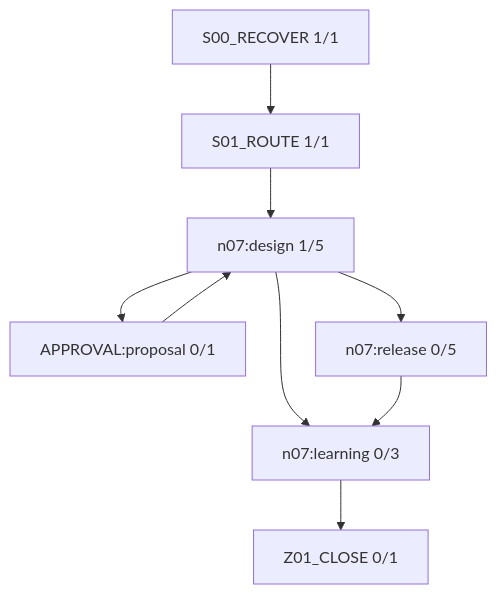
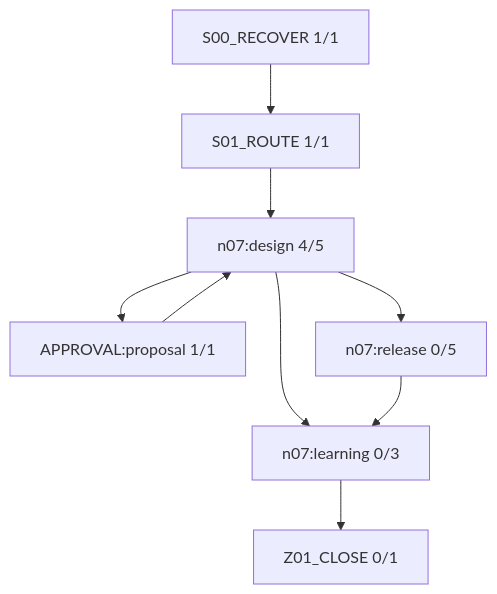
The diagram in work/items/W-MATH-032-n07-semantic-repair/generated/FIRE_DIAGRAM.md (rrikunagasige-dot/kyotsu-step-web), drawn with Mermaid before and after one commit. The commit also changed other lines of this file and 469 other files, not shown here.

````diff
--- a/work/items/W-MATH-032-n07-semantic-repair/generated/FIRE_DIAGRAM.md
+++ b/work/items/W-MATH-032-n07-semantic-repair/generated/FIRE_DIAGRAM.md
@@ -5,18 +5,18 @@
 ```mermaid
 flowchart TD
   N0["S00_RECOVER 1/1"]
   N1["S01_ROUTE 1/1"]
-  N2["n07:design 1/5"]
-  N3["APPROVAL:proposal 0/1"]
+  N2["n07:design 4/5"]
+  N3["APPROVAL:proposal 1/1"]
   N4["n07:release 0/5"]
   N5["n07:learning 0/3"]
   N6["Z01_CLOSE 0/1"]
   N3 --> N2
   N0 --> N1
   N1 --> N2
   N2 --> N3
   N2 --> N5
   N2 --> N4
   N5 --> N6
   N4 --> N5
 ```
````
